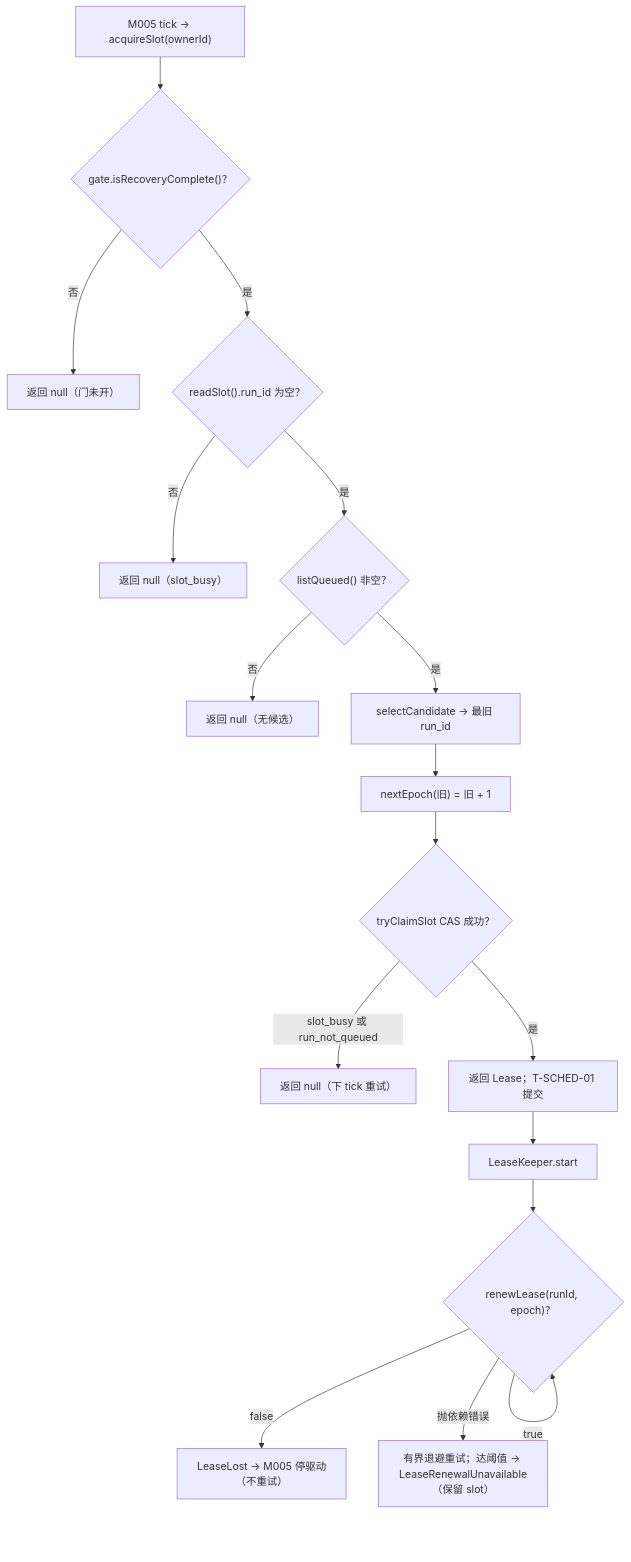
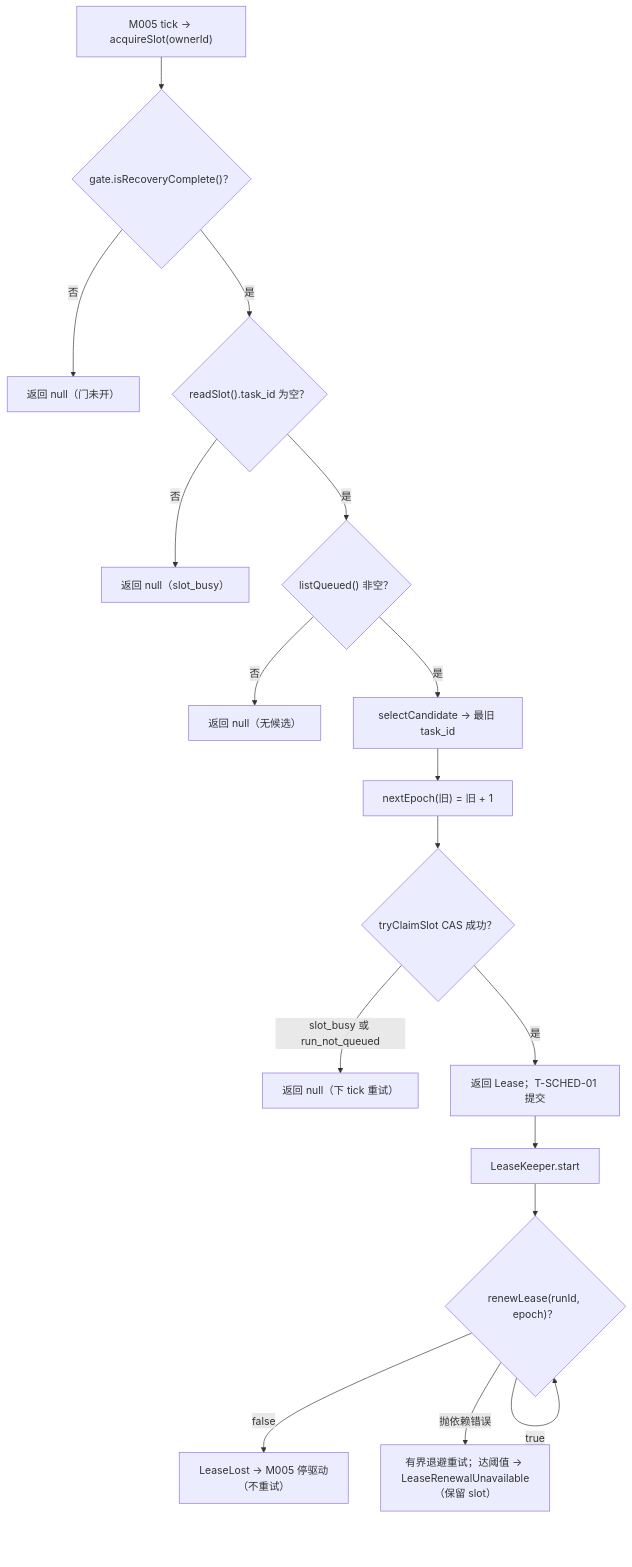
The second of 2 diagrams in docs/50_implementation_design/piko-scheduler-impl.isd.md (corezilla/piko), drawn with Mermaid before and after one commit. The commit also changed other lines of this file and 86 other files, not shown here.

````diff
--- a/docs/50_implementation_design/piko-scheduler-impl.isd.md
+++ b/docs/50_implementation_design/piko-scheduler-impl.isd.md
@@ -945,19 +945,19 @@
 ```mermaid
 flowchart TD
     A["M005 tick → acquireSlot(ownerId)"] --> B{"gate.isRecoveryComplete()？"}
     B -->|否| Z1["返回 null（门未开）"]
-    B -->|是| C{"readSlot().run_id 为空？"}
+    B -->|是| C{"readSlot().task_id 为空？"}
     C -->|否| Z2["返回 null（slot_busy）"]
     C -->|是| D{"listQueued() 非空？"}
     D -->|否| Z3["返回 null（无候选）"]
-    D -->|是| E["selectCandidate → 最旧 run_id"]
+    D -->|是| E["selectCandidate → 最旧 task_id"]
     E --> F["nextEpoch(旧) = 旧 + 1"]
     F --> G{"tryClaimSlot CAS 成功？"}
     G -->|slot_busy 或 run_not_queued| Z4["返回 null（下 tick 重试）"]
     G -->|是| H["返回 Lease；T-SCHED-01 提交"]
     H --> I["LeaseKeeper.start"]
     I --> J{"renewLease(runId, epoch)？"}
     J -->|true| J
     J -->|false| K["LeaseLost → M005 停驱动（不重试）"]
     J -->|抛依赖错误| L["有界退避重试；达阈值 → LeaseRenewalUnavailable（保留 slot）"]
 ```
````
